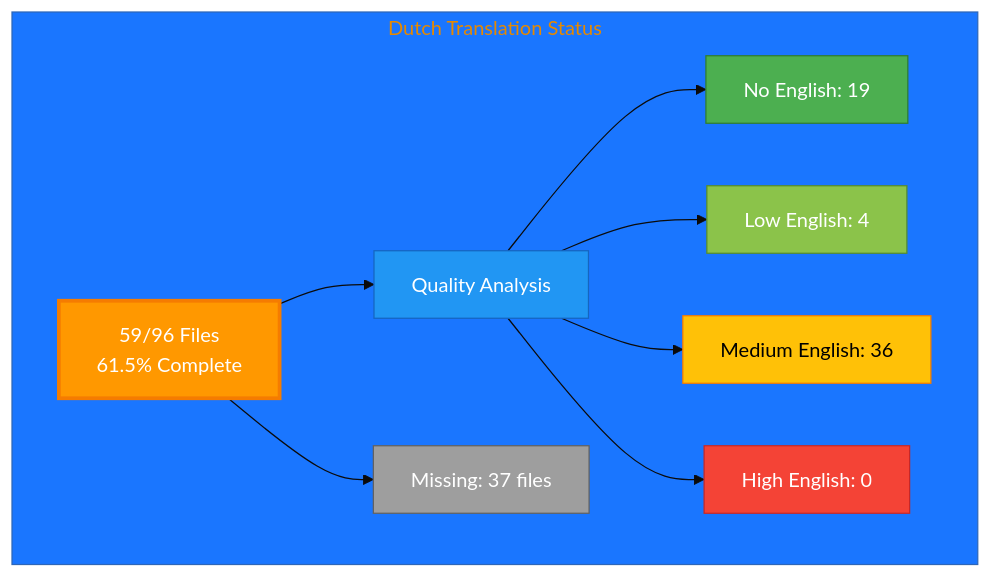
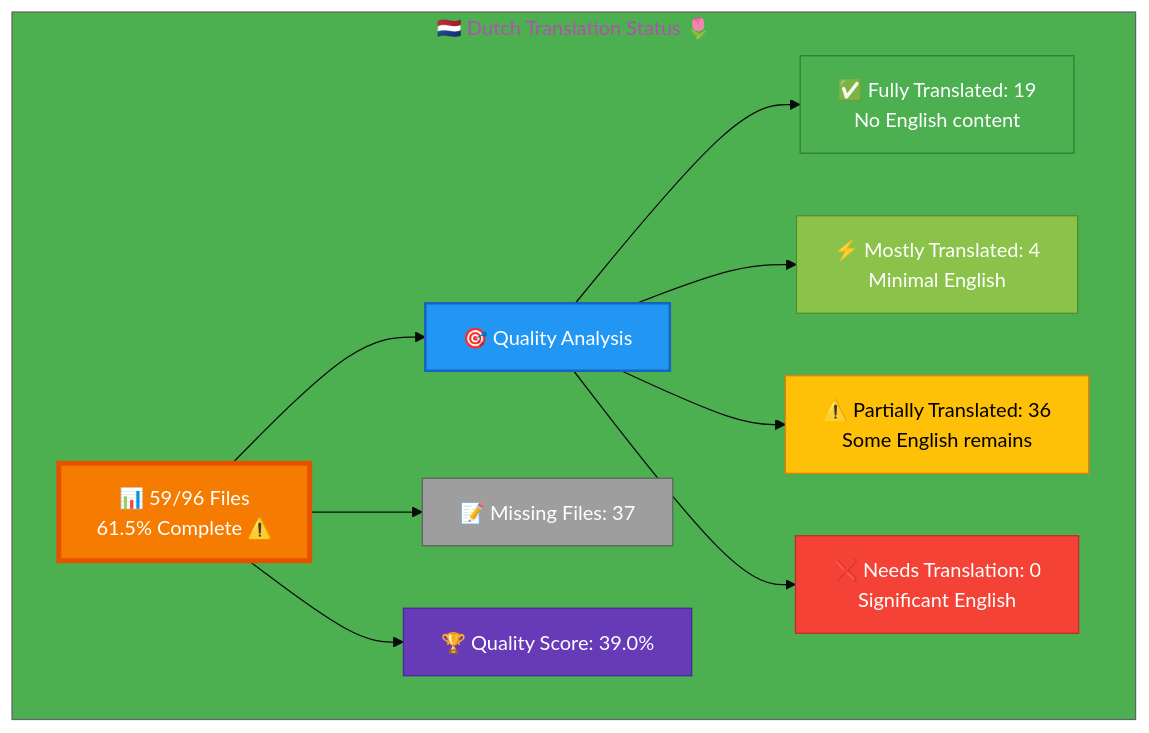
One commit to Hack23/homepage changed the diagram in Dutch-Translation-Status.md. Above: the diagram before and after it, drawn with Mermaid. The commit also changed other lines of this file and 26 other files, not shown here.

Commit message:
Complete validation & enhancement: icons, color-coded Mermaid diagrams, accuracy verified for all 26 files

````diff
--- a/Dutch-Translation-Status.md
+++ b/Dutch-Translation-Status.md
@@ -11,22 +12,26 @@
 ```mermaid
-%%{init: {'theme':'base', 'themeVariables': { 'primaryColor':'#FF9800'}}}%%
+%%{init: {'theme':'base', 'themeVariables': {'primaryColor':'#F57C00','secondaryColor':'#2196F3','tertiaryColor':'#4CAF50','fontSize':'16px'}}}%%
 graph TB
-    subgraph "Dutch Translation Status"
-        A[59/96 Files<br/>61.5% Complete]
-        A --> B[Quality Analysis]
-        B --> C[No English: 19]
-        B --> D[Low English: 4]
-        B --> E[Medium English: 36]
-        B --> F[High English: 0]
+    subgraph "🇳🇱 Dutch Translation Status 🌷"
+        A["📊 59/96 Files<br/>61.5% Complete ⚠️"]
         
-        A --> G[Missing: 37 files]
+        A --> B["🎯 Quality Analysis"]
+        B --> C["✅ Fully Translated: 19<br/>No English content"]
+        B --> D["⚡ Mostly Translated: 4<br/>Minimal English"]
+        B --> E["⚠️  Partially Translated: 36<br/>Some English remains"]
+        B --> F["❌ Needs Translation: 0<br/>Significant English"]
         
-        style A fill:#FF9800,stroke:#F57C00,color:#fff,stroke-width:3px
-        style B fill:#2196F3,stroke:#1565C0,color:#fff
+        A --> G["📝 Missing Files: 37"]
+        
+        A --> H["🏆 Quality Score: 39.0%"]
+        
+        style A fill:#F57C00,stroke:#E65100,color:#fff,stroke-width:4px
+        style B fill:#2196F3,stroke:#1565C0,color:#fff,stroke-width:2px
         style C fill:#4CAF50,stroke:#2E7D32,color:#fff
         style D fill:#8BC34A,stroke:#558B2F,color:#fff
         style E fill:#FFC107,stroke:#F57C00,color:#000
         style F fill:#F44336,stroke:#C62828,color:#fff
         style G fill:#9E9E9E,stroke:#616161,color:#fff
+        style H fill:#673AB7,stroke:#4527A0,color:#fff
     end
 ```
````
